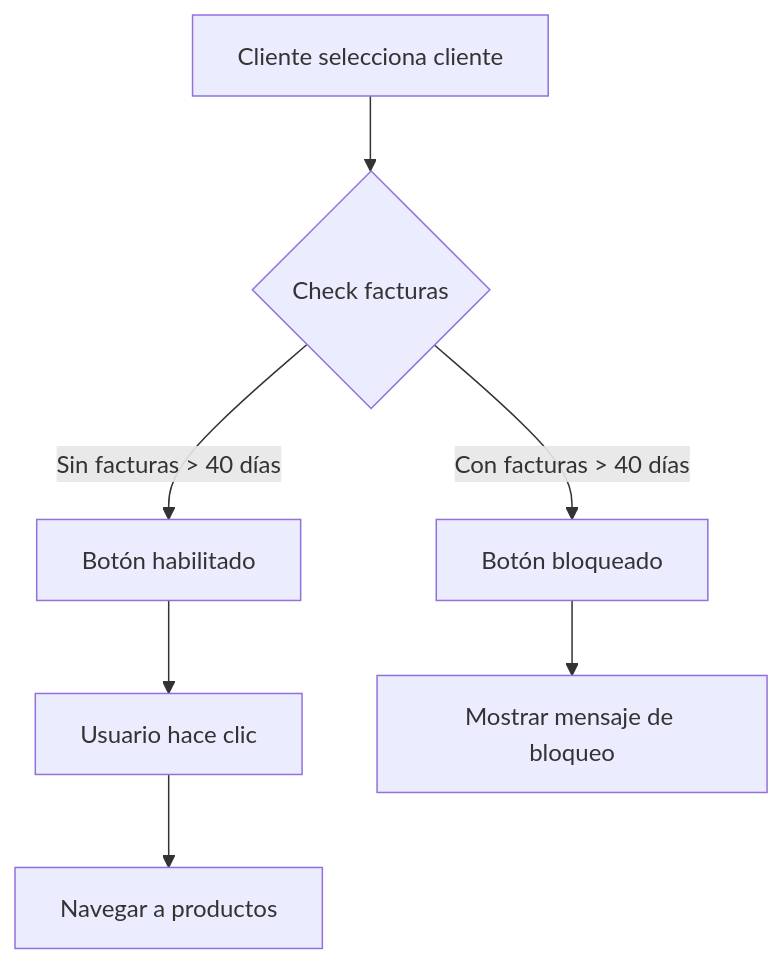
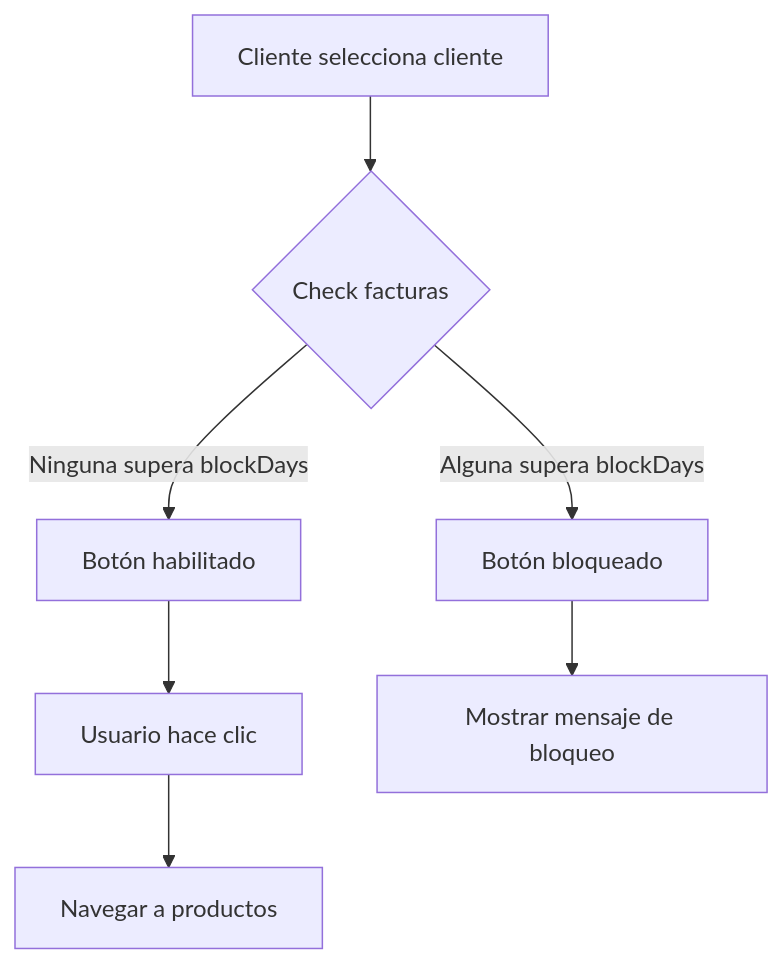
Before and after one commit to CRISTIAN3322/pedidoSuraWeb: the diagram in doc/09-arquitectura-atomic-design.md, drawn with Mermaid. The commit also changed other lines of this file and 15 other files, not shown here.

````diff
--- a/doc/09-arquitectura-atomic-design.md
+++ b/doc/09-arquitectura-atomic-design.md
@@ -234,9 +237,9 @@
 ```mermaid
 graph TD
     A[Cliente selecciona cliente] --> B{Check facturas}
-    B -->|Sin facturas > 40 días| C[Botón habilitado]
-    B -->|Con facturas > 40 días| D[Botón bloqueado]
+    B -->|Ninguna supera blockDays| C[Botón habilitado]
+    B -->|Alguna supera blockDays| D[Botón bloqueado]
     C --> E[Usuario hace clic]
     E --> F[Navegar a productos]
     D --> G[Mostrar mensaje de bloqueo]
 ```
````
